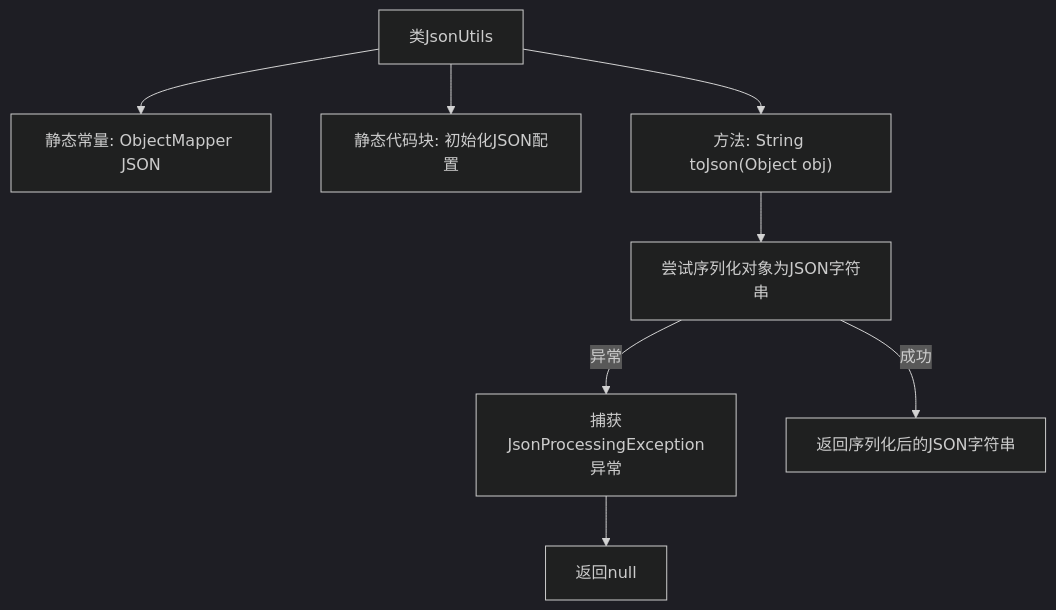
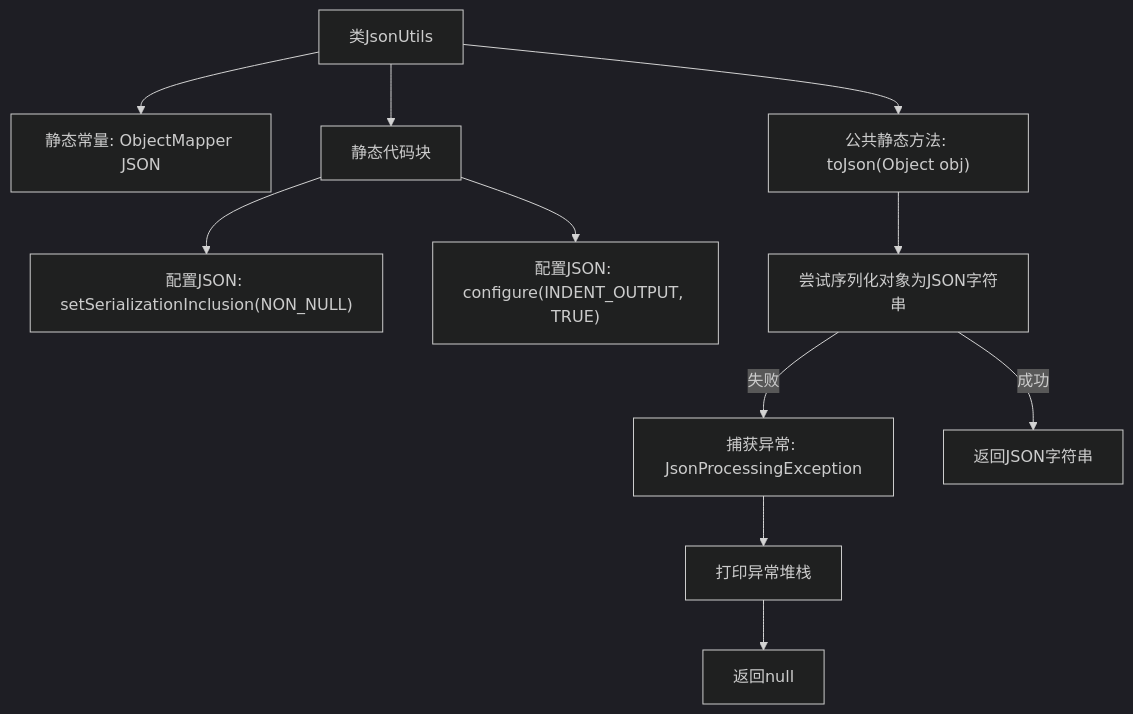
One commit to v-wjrong/binary_weixin-java-miniapp-demo changed the second of 2 diagrams in docs/zh/docs/src/main/java/com/github/binarywang/demo/wx/miniapp/utils/JsonUtils.md. Above: the diagram before and after it, drawn with Mermaid (dark theme). The commit also changed other lines of this file and 47 other files, not shown here.

````diff
--- a/docs/zh/docs/src/main/java/com/github/binarywang/demo/wx/miniapp/utils/JsonUtils.md
+++ b/docs/zh/docs/src/main/java/com/github/binarywang/demo/wx/miniapp/utils/JsonUtils.md
@@ -73,18 +73,24 @@
 ```mermaid
 graph TD
     A["类JsonUtils"]
     B["静态常量: ObjectMapper JSON"]
-    C["静态代码块: 初始化JSON配置"]
-    D["方法: String toJson(Object obj)"]
-    E["尝试序列化对象为JSON字符串"]
-    F["捕获JsonProcessingException异常"]
-    G["返回null"]
+    C["静态代码块"]
+    D["配置JSON: setSerializationInclusion(NON_NULL)"]
+    E["配置JSON: configure(INDENT_OUTPUT, TRUE)"]
+    F["公共静态方法: toJson(Object obj)"]
+    G["尝试序列化对象为JSON字符串"]
+    H["捕获异常: JsonProcessingException"]
+    I["打印异常堆栈"]
+    J["返回null"]
 
     A --> B
     A --> C
-    A --> D
-    D --> E
-    E -- 成功 --> H["返回序列化后的JSON字符串"]
-    E -- 异常 --> F
+    C --> D
+    C --> E
+    A --> F
     F --> G
+    G --"成功"--> K["返回JSON字符串"]
+    G --"失败"--> H
+    H --> I
+    I --> J
 ```
````
